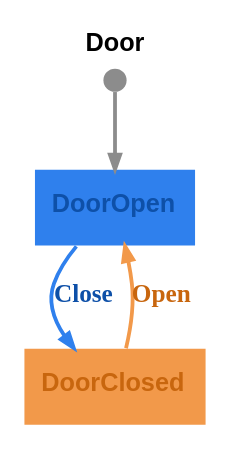
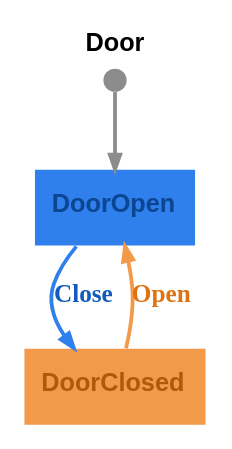
One commit to m-bock/purescript-transit changed the diagram in graphs/door.dot. Above: the diagram before and after it, drawn with Graphviz. The commit also changed 18 other files, not shown here.

```diff
--- a/graphs/door.dot
+++ b/graphs/door.dot
@@ -1,10 +1,10 @@
 digraph 
 {
-rankdir = "TD";fontname = "Arial";label = <<b>Door</b>>;labelloc = "t";fontsize = 12
-DoorOpen [shape = "box", label = <<b>DoorOpen</b>>, fontsize = 12, style = "filled", fillcolor = "#2f80ed", fontcolor = "#0e50a8", fontname = "Arial", labelloc = "c", penwidth = 0.0]
+rankdir = "TD";fontname = "Arial";label = <<b>Door</b>>;labelloc = "t";fontsize = 12;bgcolor = "#ffffff"
+DoorOpen [shape = "box", label = <<b>DoorOpen</b>>, fontsize = 12, style = "filled", fillcolor = "#2f80ed", fontcolor = "#0c4590", fontname = "Arial", labelloc = "c", penwidth = 0.0]
 __Start__ [shape = "circle", label = "", width = 0.15, height = 0.15, fixedsize = true, style = "filled", fillcolor = "#8c8c8c", penwidth = 0.0]
 __Start__ -> DoorOpen [color = "#8c8c8c", fontsize = 12, arrowsize = "0.7", penwidth = 1.8]
-DoorOpen -> DoorClosed [color = "#2f80ed", fontcolor = "#0e50a8", fontsize = 12, arrowsize = "0.7", label = <<b>Close</b>>, penwidth = 1.8]
-DoorClosed [shape = "box", label = <<b>DoorClosed</b>>, fontsize = 12, style = "filled", fillcolor = "#f2994a", fontcolor = "#c8660e", fontname = "Arial", labelloc = "c", penwidth = 0.0]
-DoorClosed -> DoorOpen [color = "#f2994a", fontcolor = "#c8660e", fontsize = 12, arrowsize = "0.7", label = <<b>Open</b>>, penwidth = 1.8]
+DoorOpen -> DoorClosed [color = "#2f80ed", fontcolor = "#115bbf", fontsize = 12, arrowsize = "0.7", label = <<b>Close</b>>, penwidth = 1.8]
+DoorClosed [shape = "box", label = <<b>DoorClosed</b>>, fontsize = 12, style = "filled", fillcolor = "#f2994a", fontcolor = "#b0590d", fontname = "Arial", labelloc = "c", penwidth = 0.0]
+DoorClosed -> DoorOpen [color = "#f2994a", fontcolor = "#e07210", fontsize = 12, arrowsize = "0.7", label = <<b>Open</b>>, penwidth = 1.8]
 }
```
